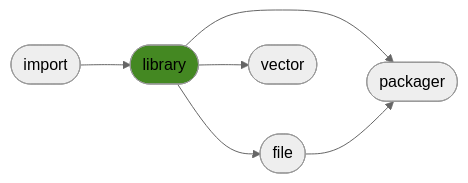
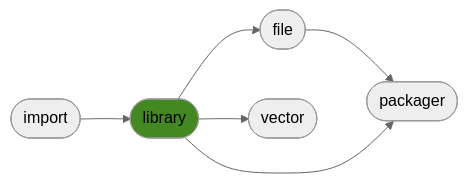
Before and after one commit to ManderaGeneral/generallibrary: the diagram in README.md, drawn with Mermaid (neutral theme). The commit also changed other lines of this file and 1 other file, not shown here.

````diff
--- a/README.md
+++ b/README.md
@@ -16,14 +16,14 @@
 ```mermaid
 flowchart LR
-1([library]) --> 3([vector])
+2([file]) --> 4([packager])
 1([library]) --> 4([packager])
 0([import]) --> 1([library])
 1([library]) --> 2([file])
-2([file]) --> 4([packager])
+1([library]) --> 3([vector])
 click 0 "https://github.com/ManderaGeneral/generalimport"
 click 1 "https://github.com/ManderaGeneral/generallibrary"
 click 2 "https://github.com/ManderaGeneral/generalfile"
 click 3 "https://github.com/ManderaGeneral/generalvector"
 click 4 "https://github.com/ManderaGeneral/generalpackager"
 style 1 fill:#482
 ```
````
